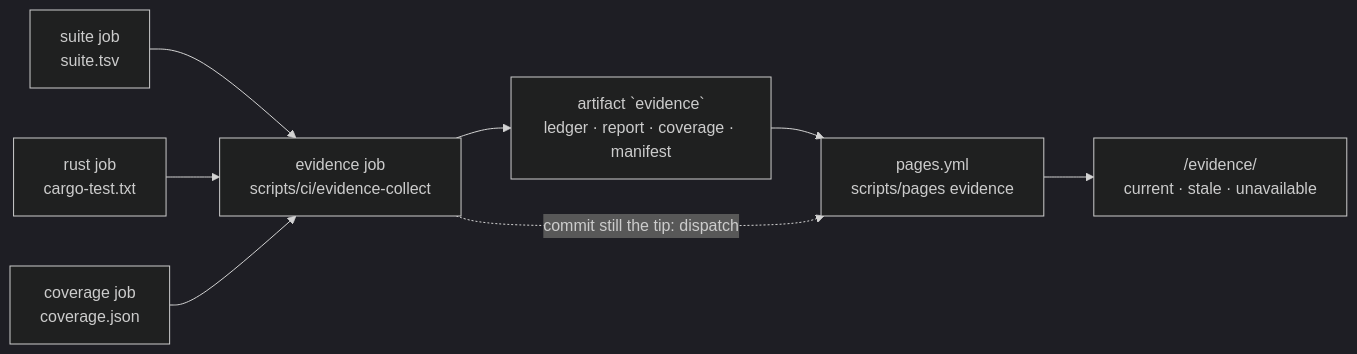
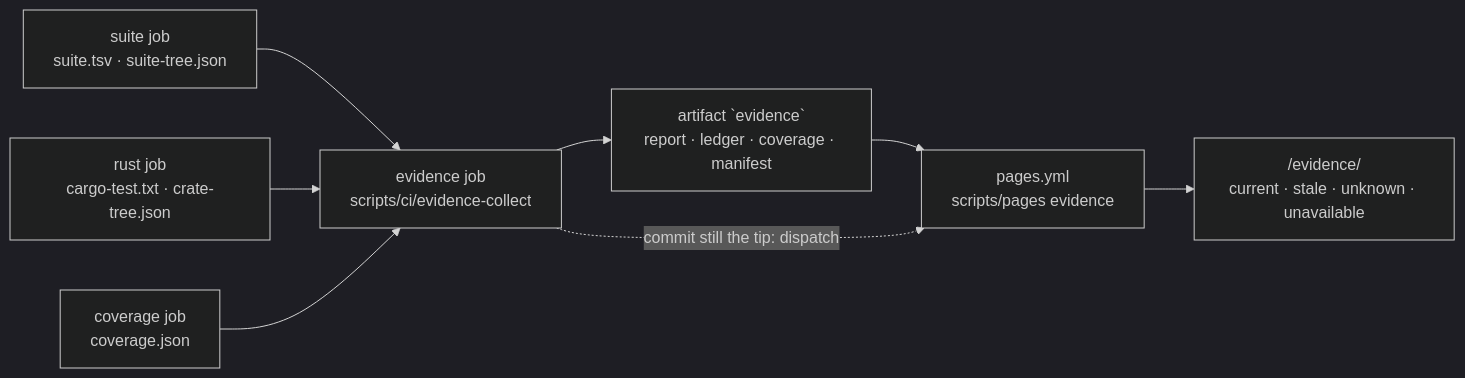
One commit to korczis/prismatic-majordomus changed the second of 2 diagrams in docs/EVIDENCE.md. Above: the diagram before and after it, drawn with Mermaid (dark theme). The commit also changed other lines of this file and 21 other files, not shown here.

````diff
--- a/docs/EVIDENCE.md
+++ b/docs/EVIDENCE.md
@@ -443,15 +446,15 @@
 ```mermaid
 flowchart LR
-  suite["suite job<br>suite.tsv"]
-  crate["rust job<br>cargo-test.txt"]
+  suite["suite job<br>suite.tsv · suite-tree.json"]
+  crate["rust job<br>cargo-test.txt · crate-tree.json"]
   cov["coverage job<br>coverage.json"]
   collect["evidence job<br>scripts/ci/evidence-collect"]
-  artifact["artifact `evidence`<br>ledger · report · coverage · manifest"]
+  artifact["artifact `evidence`<br>report · ledger · coverage · manifest"]
   pages["pages.yml<br>scripts/pages evidence"]
-  site["/evidence/<br>current · stale · unavailable"]
+  site["/evidence/<br>current · stale · unknown · unavailable"]
   suite --> collect
   crate --> collect
   cov --> collect
   collect --> artifact --> pages --> site
   collect -. "commit still the tip: dispatch" .-> pages
 ```
````
